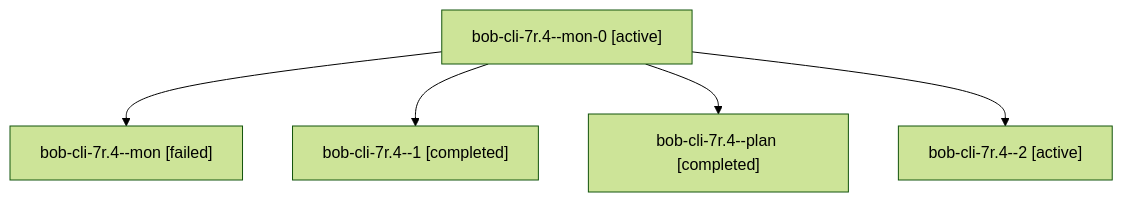
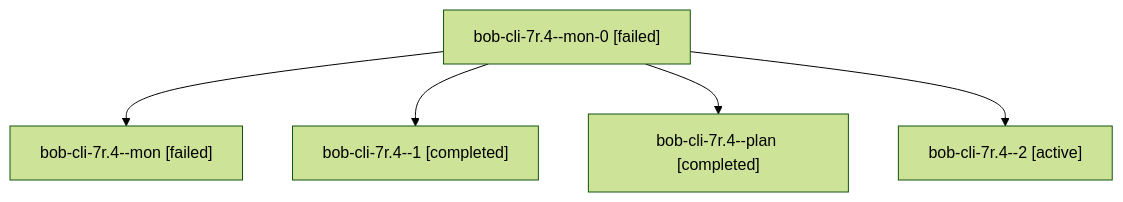
Before and after one commit to bobs-org/bob-cli--agents: the diagram in sessions/bbugyi200.athena.bob-cli-7r.4.md, drawn with Mermaid (forest theme). The commit also changed other lines of this file and 25 other files, not shown here.

````diff
--- a/sessions/bbugyi200.athena.bob-cli-7r.4.md
+++ b/sessions/bbugyi200.athena.bob-cli-7r.4.md
@@ -9,12 +9,12 @@
 ```mermaid
 flowchart TD
-  n0["bob-cli-7r.4--mon-0 [active]"]
+  n0["bob-cli-7r.4--mon-0 [failed]"]
   n1["bob-cli-7r.4--mon [failed]"]
   n0 --> n1
   n2["bob-cli-7r.4--1 [completed]"]
   n0 --> n2
   n3["bob-cli-7r.4--plan [completed]"]
   n0 --> n3
   n4["bob-cli-7r.4--2 [active]"]
   n0 --> n4
 ```
````
